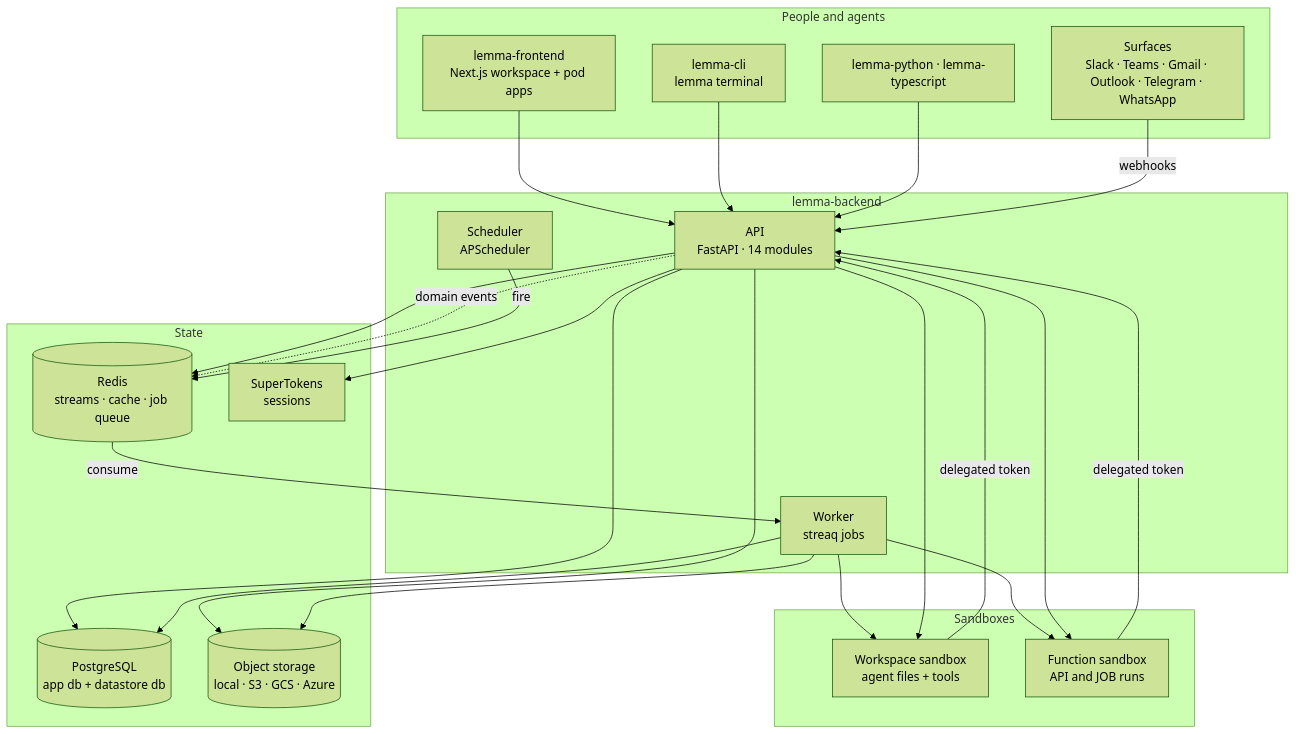
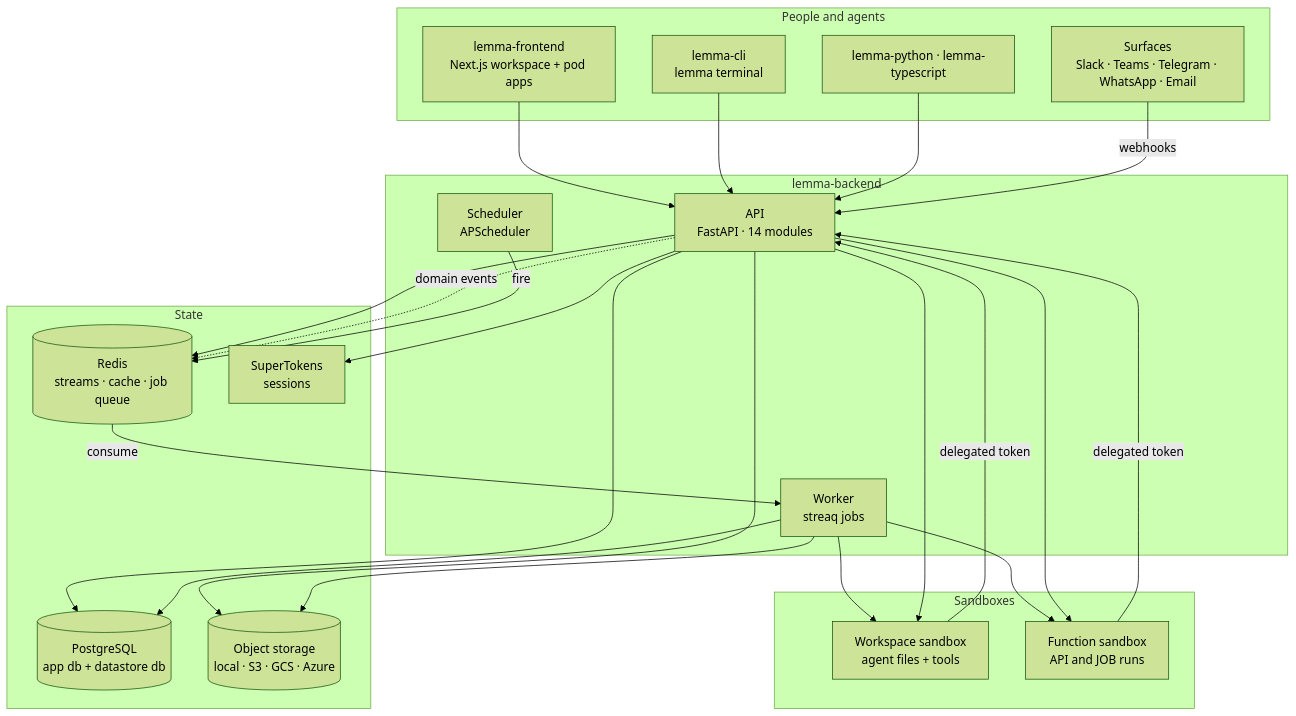
Before and after one commit to lemma-work/lemma-platform: the first of 2 diagrams in ARCHITECTURE.md, drawn with Mermaid (forest theme). The commit also changed 16 other files, not shown here.

````diff
--- a/ARCHITECTURE.md
+++ b/ARCHITECTURE.md
@@ -33,48 +33,48 @@
 ```mermaid
 flowchart TB
     subgraph clients["People and agents"]
         WEB["lemma-frontend<br/>Next.js workspace + pod apps"]
         CLI["lemma-cli<br/>lemma terminal"]
-        SURF["Surfaces<br/>Slack · Teams · Gmail · Outlook · Telegram · WhatsApp"]
+        SURF["Surfaces<br/>Slack · Teams · Telegram · WhatsApp · Email"]
         SDK["lemma-python · lemma-typescript"]
     end
 
     subgraph backend["lemma-backend"]
         API["API<br/>FastAPI · 14 modules"]
         WORKER["Worker<br/>streaq jobs"]
         SCHED["Scheduler<br/>APScheduler"]
     end
 
     subgraph state["State"]
         PG[("PostgreSQL<br/>app db + datastore db")]
         REDIS[("Redis<br/>streams · cache · job queue")]
         OBJ[("Object storage<br/>local · S3 · GCS · Azure")]
         ST["SuperTokens<br/>sessions"]
     end
 
     subgraph sandbox["Sandboxes"]
         WS["Workspace sandbox<br/>agent files + tools"]
         FN["Function sandbox<br/>API and JOB runs"]
     end
 
     WEB --> API
     CLI --> API
     SDK --> API
     SURF -->|webhooks| API
 
     API --> PG
     API --> REDIS
     API --> OBJ
     API --> ST
     API -.->|domain events| REDIS
     REDIS -->|consume| WORKER
     SCHED -->|fire| REDIS
     WORKER --> PG
     WORKER --> OBJ
     WORKER --> WS
     WORKER --> FN
     API --> WS
     API --> FN
     WS -->|delegated token| API
     FN -->|delegated token| API
 ```
````
